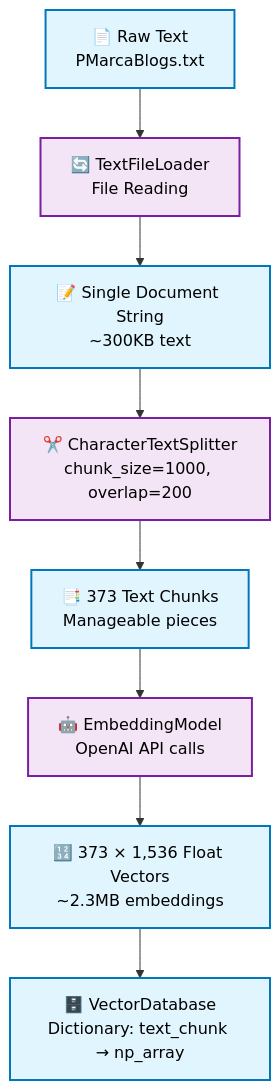
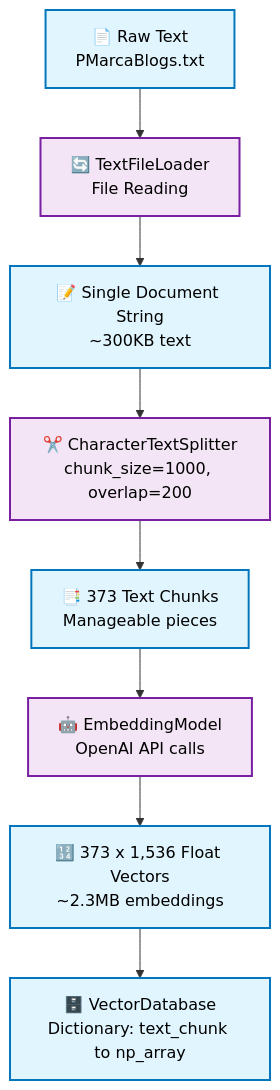
The tenth of 16 diagrams in 02_Embeddings_and_RAG/Understanding_Pythonic_RAG.md (ovokpus/AIE8), drawn with Mermaid before and after one commit. The commit also changed other lines of this file, not shown here.

Commit message:
fixed mermaid

````diff
--- a/02_Embeddings_and_RAG/Understanding_Pythonic_RAG.md
+++ b/02_Embeddings_and_RAG/Understanding_Pythonic_RAG.md
@@ -448,17 +447,17 @@
 ```mermaid
 flowchart TD
     A[📄 Raw Text<br/>PMarcaBlogs.txt] --> B[🔄 TextFileLoader<br/>File Reading]
     B --> C[📝 Single Document String<br/>~300KB text]
     C --> D[✂️ CharacterTextSplitter<br/>chunk_size=1000, overlap=200]
     D --> E[📑 373 Text Chunks<br/>Manageable pieces]
     E --> F[🤖 EmbeddingModel<br/>OpenAI API calls]
-    F --> G[🔢 373 × 1,536 Float Vectors<br/>~2.3MB embeddings]
-    G --> H[🗄️ VectorDatabase<br/>Dictionary: text_chunk → np_array]
+    F --> G[🔢 373 x 1,536 Float Vectors<br/>~2.3MB embeddings]
+    G --> H[🗄️ VectorDatabase<br/>Dictionary: text_chunk to np_array]
     
     classDef default fill:#f9f9f9,stroke:#333,stroke-width:2px,color:#000000
     classDef dataNode fill:#e1f5fe,stroke:#0277bd,stroke-width:2px,color:#000000
     classDef processNode fill:#f3e5f5,stroke:#7b1fa2,stroke-width:2px,color:#000000
     
     class A,C,E,G,H dataNode
     class B,D,F processNode
 ```
````
